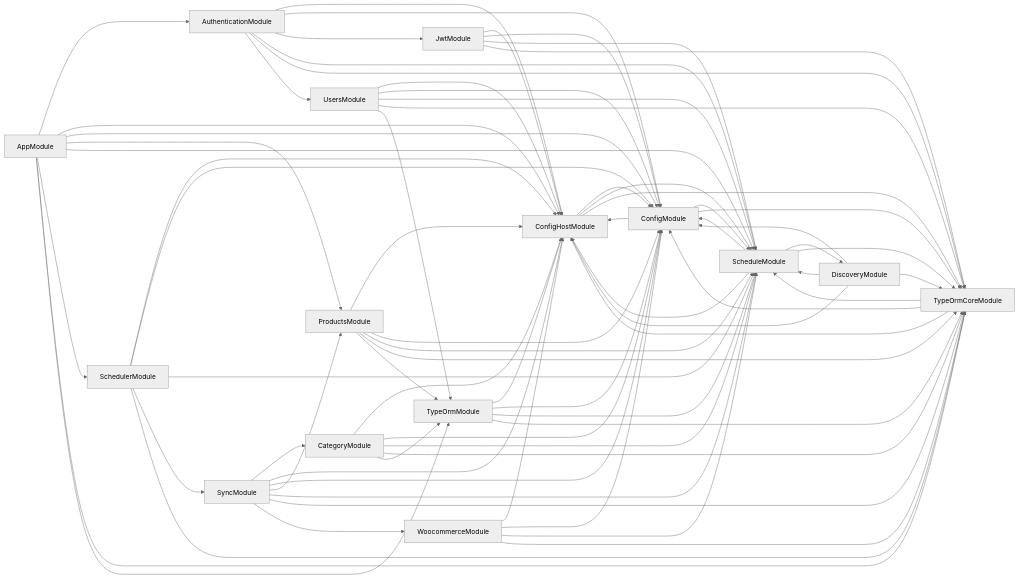
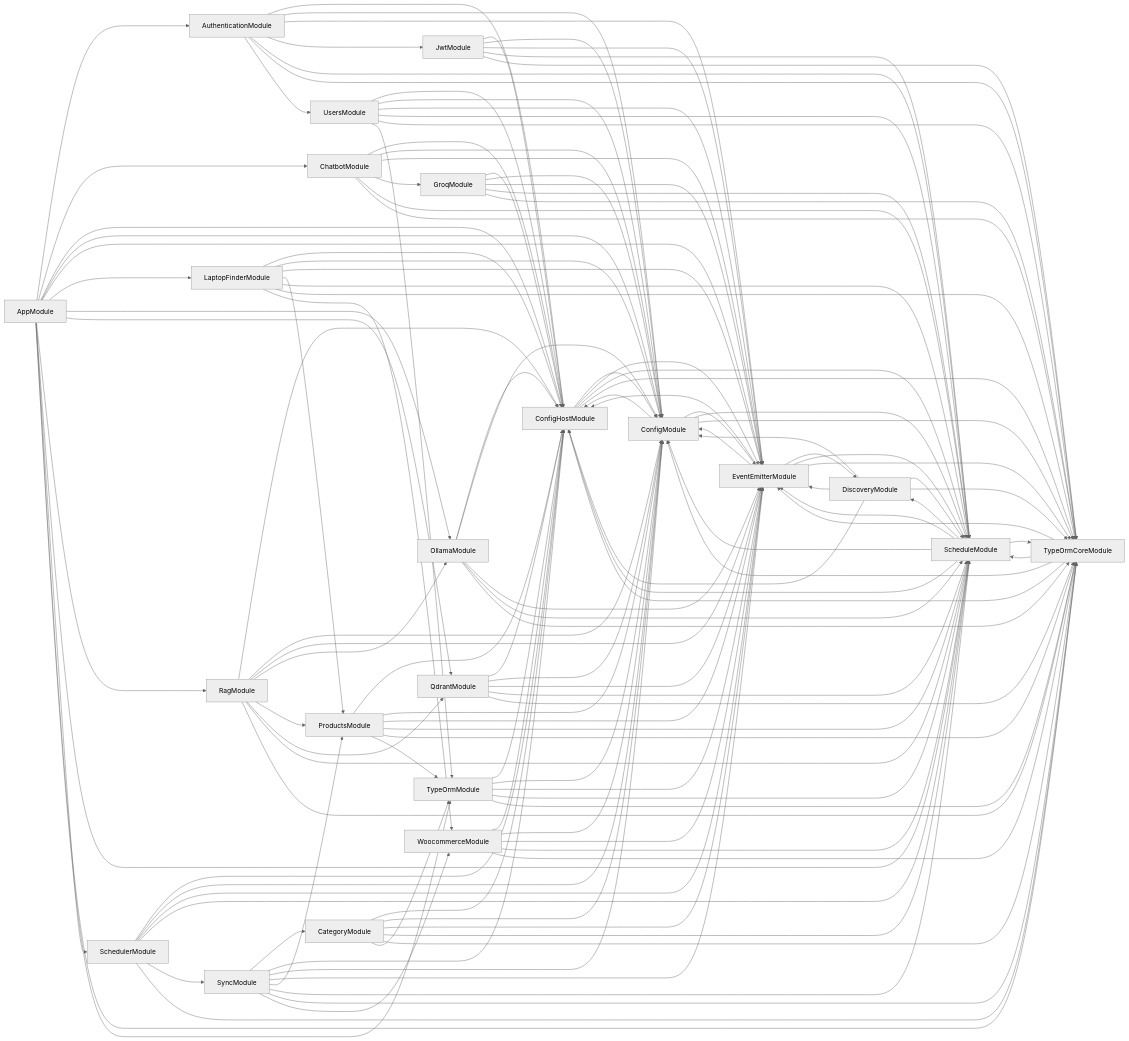
The diagram in deps.mermaid (azriraanass/gtlstoreback), drawn with Mermaid (neutral theme) before and after one commit. The commit also changed 40 other files, not shown here.

```diff
--- a/deps.mermaid
+++ b/deps.mermaid
@@ -1,71 +1,131 @@
 graph LR
   AppModule-->AuthenticationModule
+  AppModule-->ChatbotModule
   AppModule-->ConfigHostModule
   AppModule-->ConfigModule
-  AppModule-->ProductsModule
+  AppModule-->EventEmitterModule
+  AppModule-->LaptopFinderModule
+  AppModule-->OllamaModule
+  AppModule-->QdrantModule
+  AppModule-->RagModule
   AppModule-->ScheduleModule
   AppModule-->SchedulerModule
   AppModule-->TypeOrmCoreModule
   AppModule-->TypeOrmModule
   AuthenticationModule-->ConfigHostModule
   AuthenticationModule-->ConfigModule
+  AuthenticationModule-->EventEmitterModule
   AuthenticationModule-->JwtModule
   AuthenticationModule-->ScheduleModule
   AuthenticationModule-->TypeOrmCoreModule
   AuthenticationModule-->UsersModule
   CategoryModule-->ConfigHostModule
   CategoryModule-->ConfigModule
+  CategoryModule-->EventEmitterModule
   CategoryModule-->ScheduleModule
   CategoryModule-->TypeOrmCoreModule
   CategoryModule-->TypeOrmModule
+  ChatbotModule-->ConfigHostModule
+  ChatbotModule-->ConfigModule
+  ChatbotModule-->EventEmitterModule
+  ChatbotModule-->GroqModule
+  ChatbotModule-->ScheduleModule
+  ChatbotModule-->TypeOrmCoreModule
   ConfigHostModule-->ConfigModule
+  ConfigHostModule-->EventEmitterModule
   ConfigHostModule-->ScheduleModule
   ConfigHostModule-->TypeOrmCoreModule
   ConfigModule-->ConfigHostModule
+  ConfigModule-->EventEmitterModule
   ConfigModule-->ScheduleModule
   ConfigModule-->TypeOrmCoreModule
   DiscoveryModule-->ConfigHostModule
   DiscoveryModule-->ConfigModule
+  DiscoveryModule-->EventEmitterModule
   DiscoveryModule-->ScheduleModule
   DiscoveryModule-->TypeOrmCoreModule
+  EventEmitterModule-->ConfigHostModule
+  EventEmitterModule-->ConfigModule
+  EventEmitterModule-->DiscoveryModule
+  EventEmitterModule-->ScheduleModule
+  EventEmitterModule-->TypeOrmCoreModule
+  GroqModule-->ConfigHostModule
+  GroqModule-->ConfigModule
+  GroqModule-->EventEmitterModule
+  GroqModule-->ScheduleModule
+  GroqModule-->TypeOrmCoreModule
   JwtModule-->ConfigHostModule
   JwtModule-->ConfigModule
+  JwtModule-->EventEmitterModule
   JwtModule-->ScheduleModule
   JwtModule-->TypeOrmCoreModule
+  LaptopFinderModule-->ConfigHostModule
+  LaptopFinderModule-->ConfigModule
+  LaptopFinderModule-->EventEmitterModule
+  LaptopFinderModule-->ProductsModule
+  LaptopFinderModule-->ScheduleModule
+  LaptopFinderModule-->TypeOrmCoreModule
+  LaptopFinderModule-->WoocommerceModule
+  OllamaModule-->ConfigHostModule
+  OllamaModule-->ConfigModule
+  OllamaModule-->EventEmitterModule
+  OllamaModule-->ScheduleModule
+  OllamaModule-->TypeOrmCoreModule
   ProductsModule-->ConfigHostModule
   ProductsModule-->ConfigModule
+  ProductsModule-->EventEmitterModule
   ProductsModule-->ScheduleModule
   ProductsModule-->TypeOrmCoreModule
   ProductsModule-->TypeOrmModule
+  QdrantModule-->ConfigHostModule
+  QdrantModule-->ConfigModule
+  QdrantModule-->EventEmitterModule
+  QdrantModule-->ScheduleModule
+  QdrantModule-->TypeOrmCoreModule
+  RagModule-->ConfigHostModule
+  RagModule-->ConfigModule
+  RagModule-->EventEmitterModule
+  RagModule-->OllamaModule
+  RagModule-->ProductsModule
+  RagModule-->QdrantModule
+  RagModule-->ScheduleModule
+  RagModule-->TypeOrmCoreModule
   ScheduleModule-->ConfigHostModule
   ScheduleModule-->ConfigModule
   ScheduleModule-->DiscoveryModule
+  ScheduleModule-->EventEmitterModule
   ScheduleModule-->TypeOrmCoreModule
   SchedulerModule-->ConfigHostModule
   SchedulerModule-->ConfigModule
+  SchedulerModule-->EventEmitterModule
   SchedulerModule-->ScheduleModule
   SchedulerModule-->SyncModule
   SchedulerModule-->TypeOrmCoreModule
   SyncModule-->CategoryModule
   SyncModule-->ConfigHostModule
   SyncModule-->ConfigModule
+  SyncModule-->EventEmitterModule
   SyncModule-->ProductsModule
   SyncModule-->ScheduleModule
   SyncModule-->TypeOrmCoreModule
   SyncModule-->WoocommerceModule
   TypeOrmCoreModule-->ConfigHostModule
   TypeOrmCoreModule-->ConfigModule
+  TypeOrmCoreModule-->EventEmitterModule
   TypeOrmCoreModule-->ScheduleModule
   TypeOrmModule-->ConfigHostModule
   TypeOrmModule-->ConfigModule
+  TypeOrmModule-->EventEmitterModule
   TypeOrmModule-->ScheduleModule
   TypeOrmModule-->TypeOrmCoreModule
   UsersModule-->ConfigHostModule
   UsersModule-->ConfigModule
+  UsersModule-->EventEmitterModule
   UsersModule-->ScheduleModule
   UsersModule-->TypeOrmCoreModule
   UsersModule-->TypeOrmModule
   WoocommerceModule-->ConfigHostModule
   WoocommerceModule-->ConfigModule
+  WoocommerceModule-->EventEmitterModule
   WoocommerceModule-->ScheduleModule
   WoocommerceModule-->TypeOrmCoreModule
```
